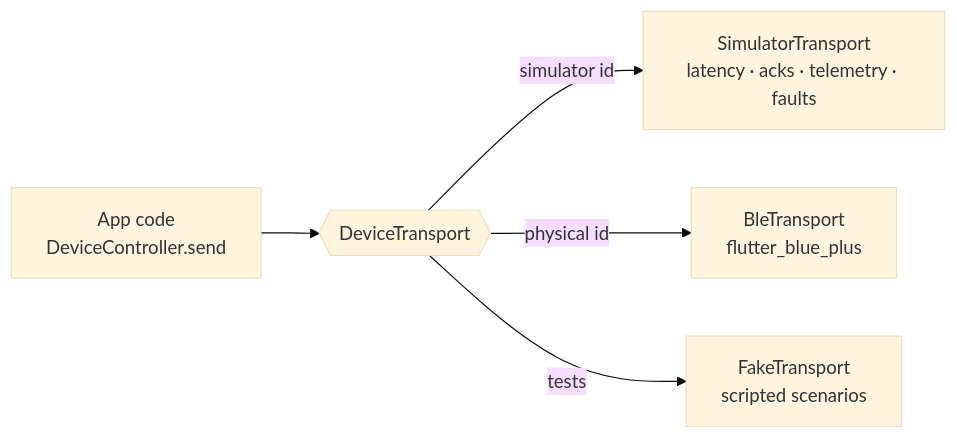
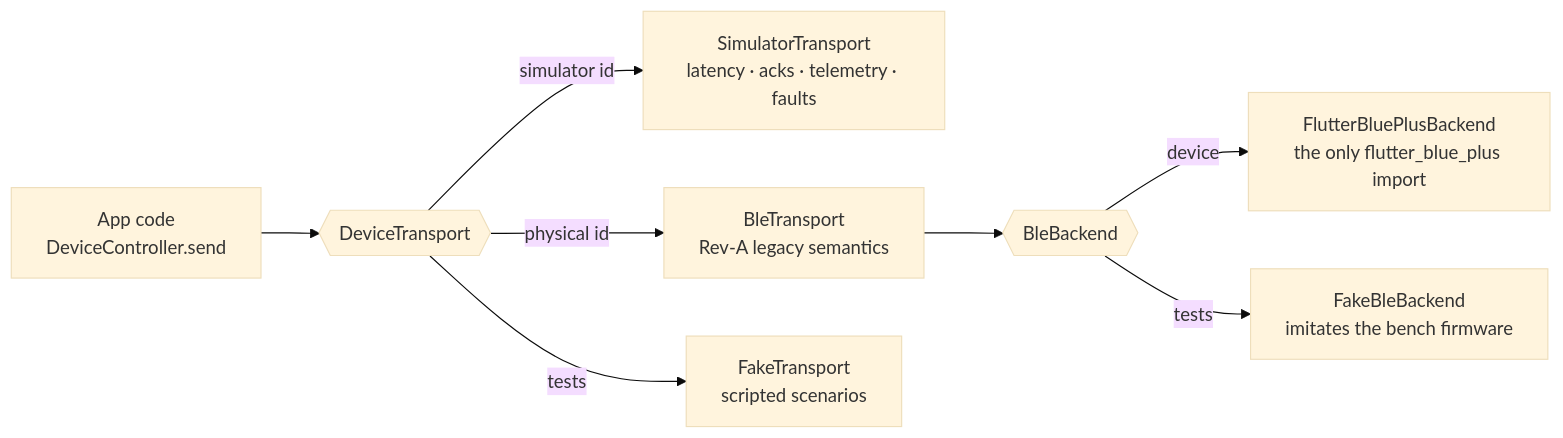
Before and after one commit to AnkitParekh007/shade-shifter: the second of 3 diagrams in documentation/mobile-app/ARCHITECTURE.md, drawn with Mermaid (base theme). The commit also changed other lines of this file and 16 other files, not shown here.

````diff
--- a/documentation/mobile-app/ARCHITECTURE.md
+++ b/documentation/mobile-app/ARCHITECTURE.md
@@ -47,7 +49,10 @@
 ```mermaid
 flowchart LR
   APP[App code<br/>DeviceController.send] --> IF{{DeviceTransport}}
   IF -->|simulator id| SIM[SimulatorTransport<br/>latency · acks · telemetry · faults]
-  IF -->|physical id| BLE[BleTransport<br/>flutter_blue_plus]
+  IF -->|physical id| BLE[BleTransport<br/>Rev-A legacy semantics]
   IF -->|tests| FAKE[FakeTransport<br/>scripted scenarios]
+  BLE --> BE{{BleBackend}}
+  BE -->|device| FBP[FlutterBluePlusBackend<br/>the only flutter_blue_plus import]
+  BE -->|tests| FBE[FakeBleBackend<br/>imitates the bench firmware]
 ```
````
